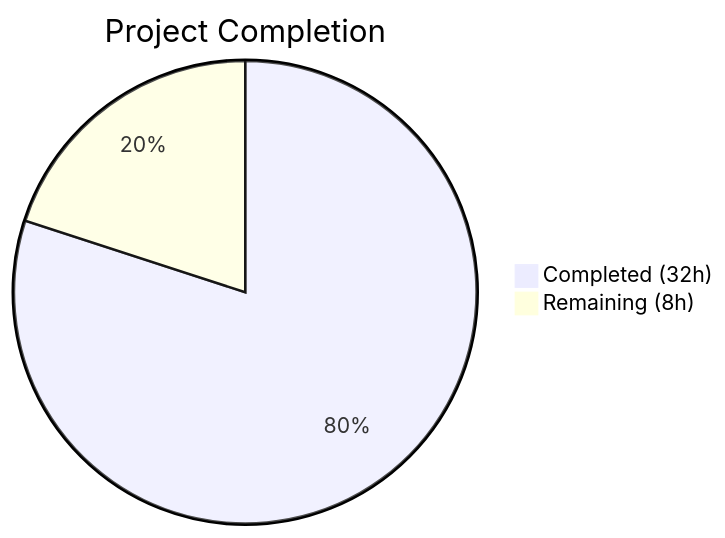
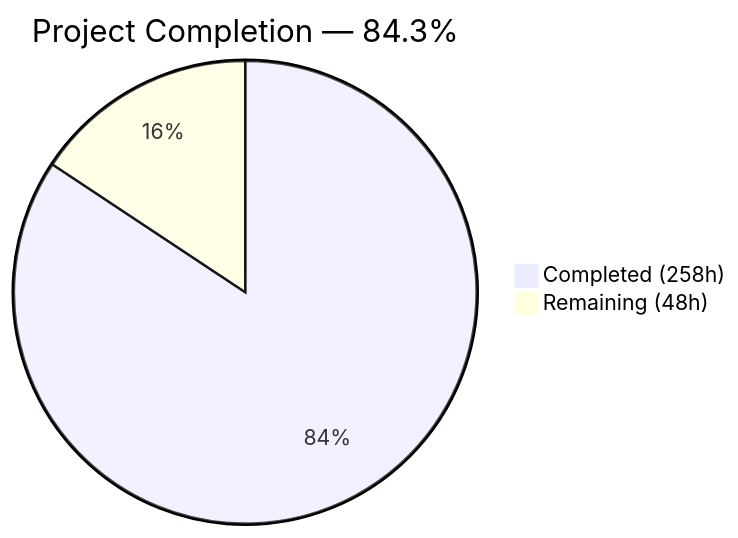
Before and after one commit to Blitzy-Sandbox/blitzy-cal: the first of 4 diagrams in docs/project-guide.md, drawn with Mermaid. The commit also changed other lines of this file, not shown here.

Commit message:
chore: add Blitzy Project Guide to docs/

````diff
--- a/docs/project-guide.md
+++ b/docs/project-guide.md
@@ -11,5 +13,5 @@
 ```mermaid
-pie title Project Completion
-    "Completed (32h)" : 32
-    "Remaining (8h)" : 8
+pie title Project Completion — 84.3%
+    "Completed (258h)" : 258
+    "Remaining (48h)" : 48
 ```
````
